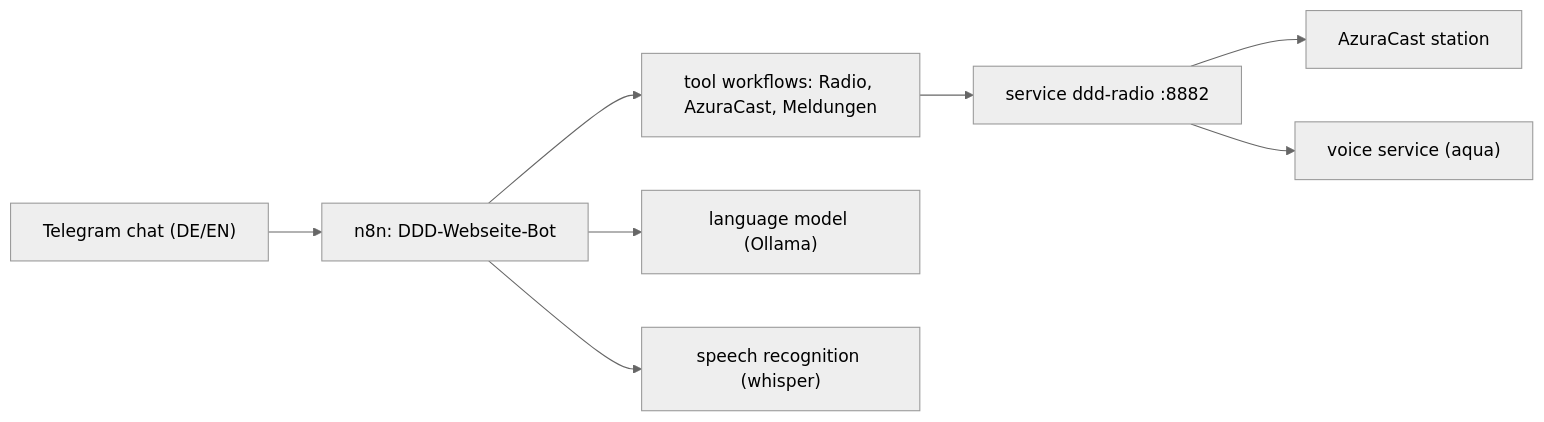
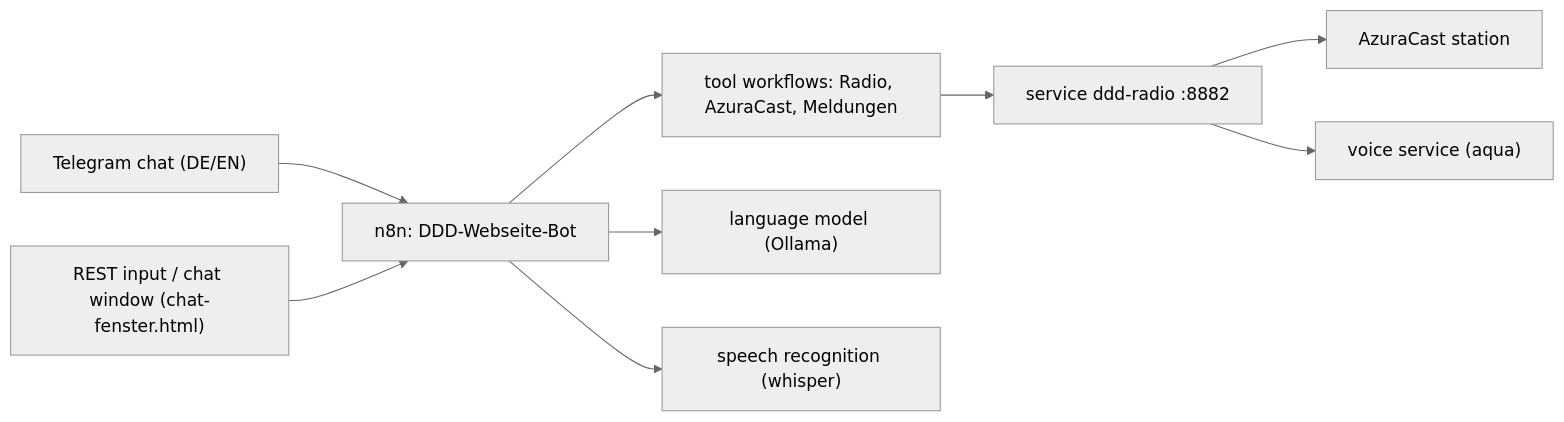
Before and after one commit to Nr44suessauer/deadline-beats-radio-bot: the diagram in Ai_Radio_Moderator_Bot/DDD-Webseite/NACHBAU/README.md, drawn with Mermaid (neutral theme). The commit also changed other lines of this file and 5 other files, not shown here.

Commit message:
REST-Eingang (Befehl ohne Telegram) und Chat-Fenster; Doku und Anordnung aktualisiert

````diff
--- a/Ai_Radio_Moderator_Bot/DDD-Webseite/NACHBAU/README.md
+++ b/Ai_Radio_Moderator_Bot/DDD-Webseite/NACHBAU/README.md
@@ -23,10 +24,11 @@
 ```mermaid
 flowchart LR
   TG["Telegram chat (DE/EN)"] --> BOT["n8n: DDD-Webseite-Bot"]
+  CHAT["REST input / chat window (chat-fenster.html)"] --> BOT
   BOT --> TOOLS["tool workflows: Radio, AzuraCast, Meldungen"]
   TOOLS --> SVC["service ddd-radio :8882"]
   BOT --> LLM["language model (Ollama)"]
   BOT --> STT["speech recognition (whisper)"]
   SVC --> ST["AzuraCast station"]
   SVC --> TTS["voice service (aqua)"]
 ```
````
